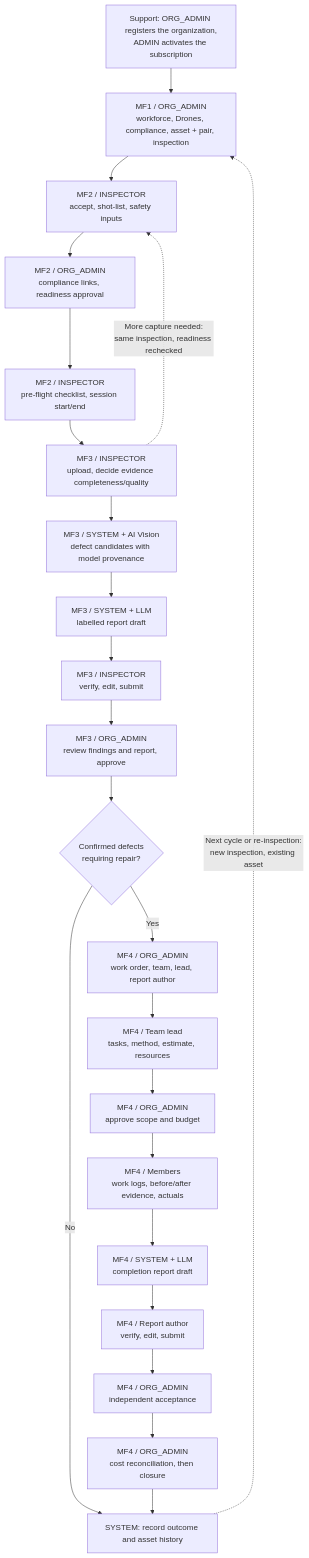
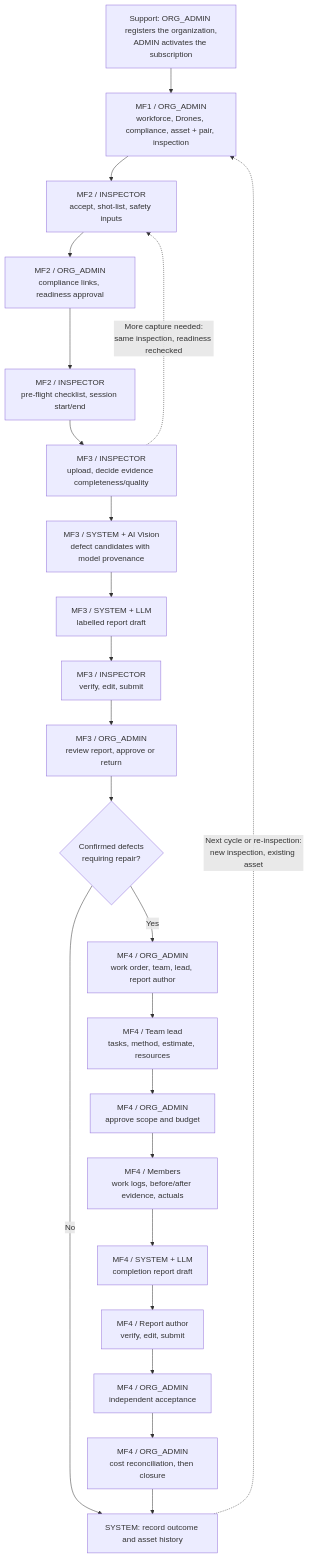
Before and after one commit to tungbach12/SmartDroneInspection-Docs: the diagram in project-reference/business-flows.md, drawn with Mermaid. The commit also changed other lines of this file and 12 other files, not shown here.

````diff
--- a/project-reference/business-flows.md
+++ b/project-reference/business-flows.md
@@ -63,26 +63,26 @@
 ```mermaid
 flowchart TD
   S["Support: ORG_ADMIN registers the organization,<br/>ADMIN activates the subscription"] --> A
   A["MF1 / ORG_ADMIN<br/>workforce, Drones, compliance, asset + pair, inspection"] --> B
   B["MF2 / INSPECTOR<br/>accept, shot-list, safety inputs"] --> C
   C["MF2 / ORG_ADMIN<br/>compliance links, readiness approval"] --> D
   D["MF2 / INSPECTOR<br/>pre-flight checklist, session start/end"] --> E
   E["MF3 / INSPECTOR<br/>upload, decide evidence completeness/quality"] --> V
   E -.->|"More capture needed:<br/>same inspection, readiness rechecked"| B
   V["MF3 / SYSTEM + AI Vision<br/>defect candidates with model provenance"] --> N
   N["MF3 / SYSTEM + LLM<br/>labelled report draft"] --> R
   R["MF3 / INSPECTOR<br/>verify, edit, submit"] --> F
-  F["MF3 / ORG_ADMIN<br/>review findings and report, approve"] --> G
+  F["MF3 / ORG_ADMIN<br/>review report, approve or return"] --> G
   G{"Confirmed defects<br/>requiring repair?"}
   G -->|"No"| Z["SYSTEM: record outcome and asset history"]
   G -->|"Yes"| T
   T["MF4 / ORG_ADMIN<br/>work order, team, lead, report author"] --> P
   P["MF4 / Team lead<br/>tasks, method, estimate, resources"] --> Q
   Q["MF4 / ORG_ADMIN<br/>approve scope and budget"] --> W
   W["MF4 / Members<br/>work logs, before/after evidence, actuals"] --> H
   H["MF4 / SYSTEM + LLM<br/>completion report draft"] --> I
   I["MF4 / Report author<br/>verify, edit, submit"] --> J
   J["MF4 / ORG_ADMIN<br/>independent acceptance"] --> K
   K["MF4 / ORG_ADMIN<br/>cost reconciliation, then closure"] --> Z
   Z -.->|"Next cycle or re-inspection:<br/>new inspection, existing asset"| A
 ```
````
